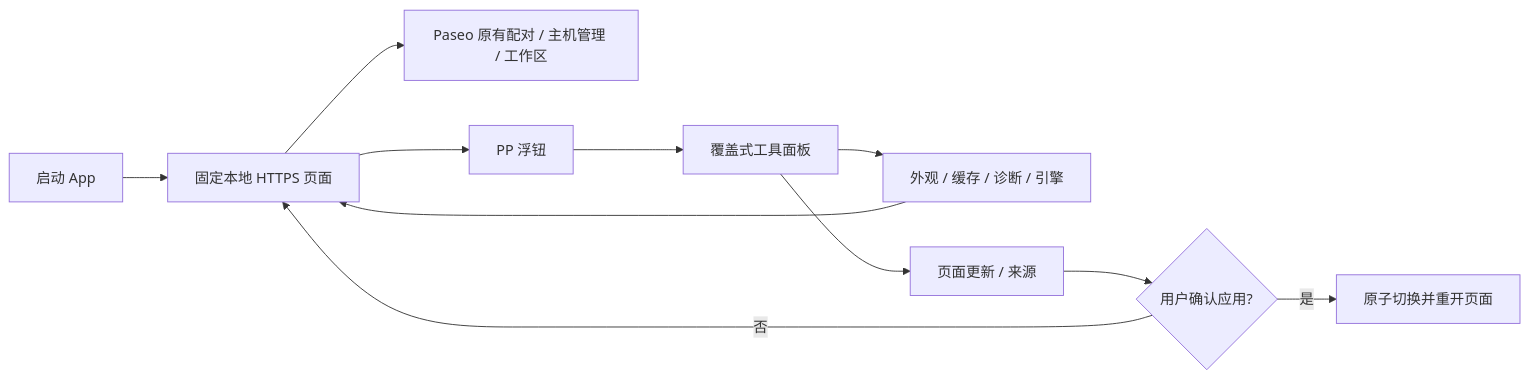
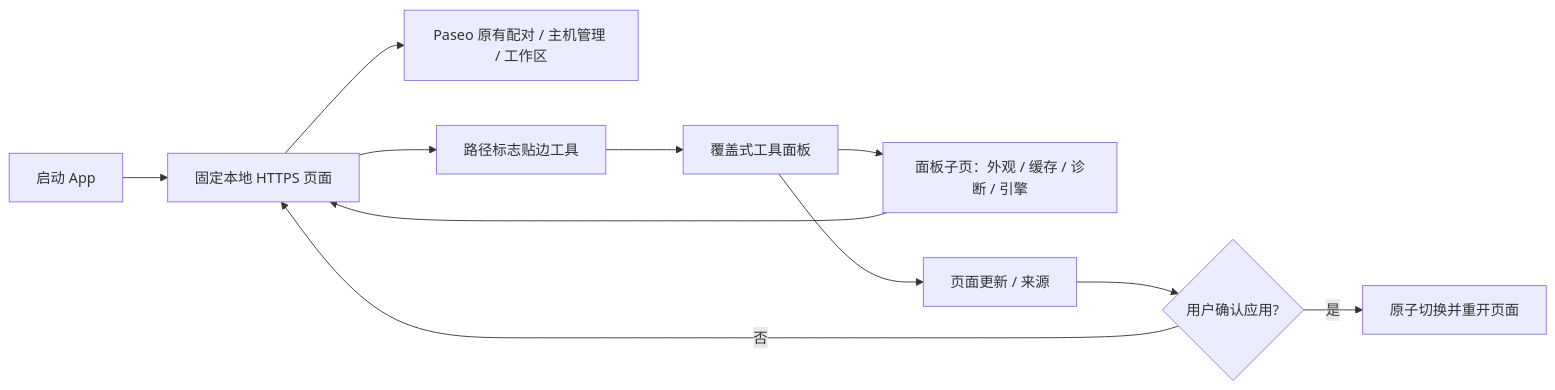
The first of 2 diagrams in android-app/DESIGN.md (ZSA233/workspace-workbench), drawn with Mermaid before and after one commit. The commit also changed other lines of this file and 3 other files, not shown here.

````diff
--- a/android-app/DESIGN.md
+++ b/android-app/DESIGN.md
@@ -14,13 +21,13 @@
 ```mermaid
 flowchart LR
   A[启动 App] --> B[固定本地 HTTPS 页面]
   B --> C[Paseo 原有配对 / 主机管理 / 工作区]
-  B --> D[PP 浮钮]
+  B --> D[路径标志贴边工具]
   D --> E[覆盖式工具面板]
-  E --> F[外观 / 缓存 / 诊断 / 引擎]
+  E --> F[面板子页：外观 / 缓存 / 诊断 / 引擎]
   E --> G[页面更新 / 来源]
   F --> B
   G --> H{用户确认应用?}
   H -->|否| B
   H -->|是| I[原子切换并重开页面]
 ```
````
